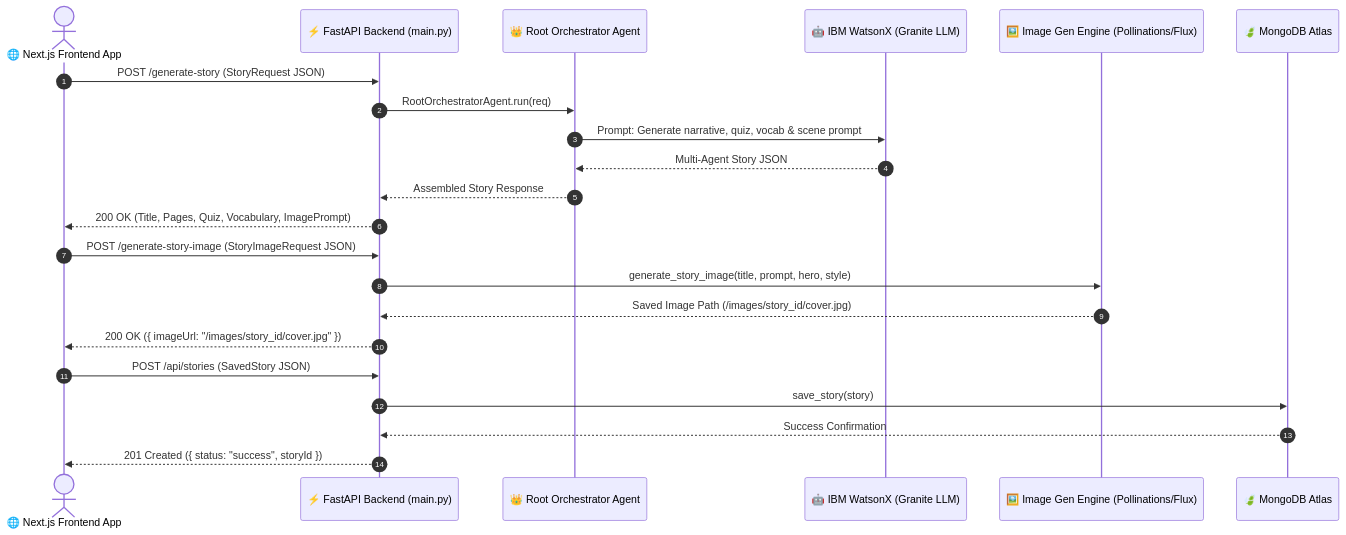
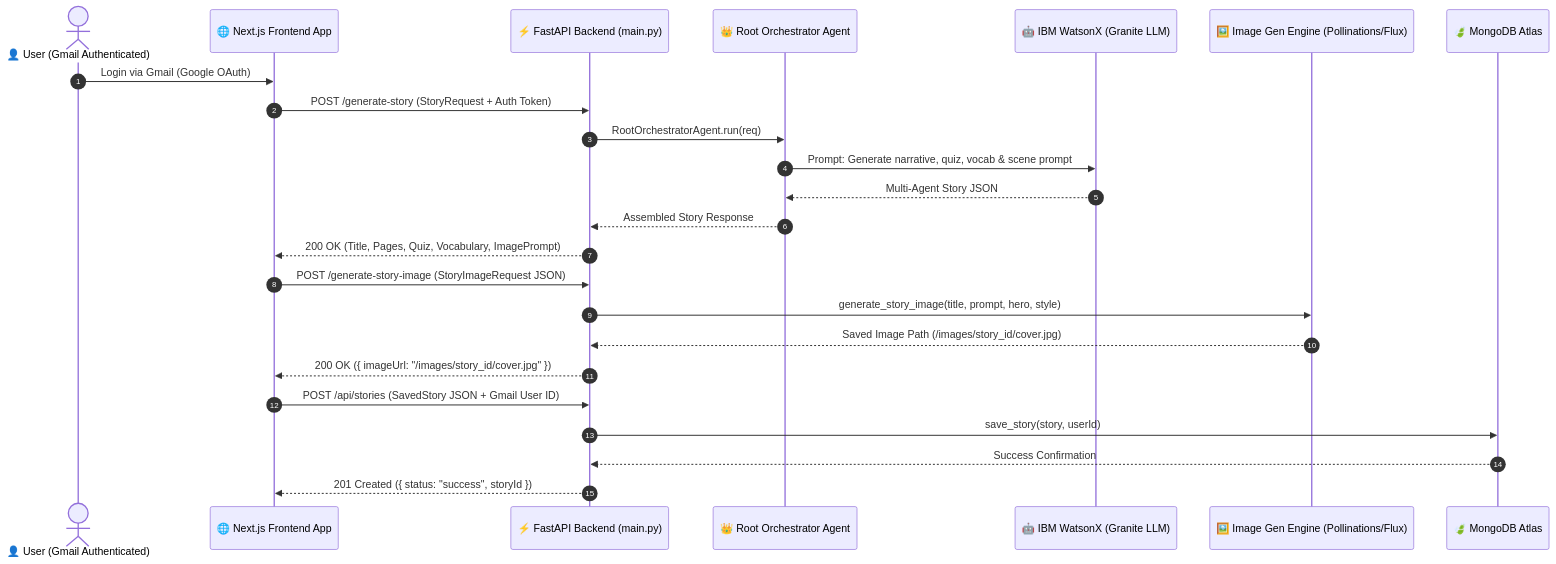
One commit to Rohith84/StorySprout changed the third of 3 diagrams in README.md. Above: the diagram before and after it, drawn with Mermaid. The commit also changed other lines of this file, not shown here.

Commit message:
docs: update README with Gmail auth, multi-user personas, and revised feature matrix

````diff
--- a/README.md
+++ b/README.md
@@ -148,27 +163,29 @@
 ```mermaid
 sequenceDiagram
     autonumber
-    actor Client as 🌐 Next.js Frontend App
+    actor User as 👤 User (Gmail Authenticated)
+    participant Client as 🌐 Next.js Frontend App
     participant Gateway as ⚡ FastAPI Backend (main.py)
     participant Orchestrator as 👑 Root Orchestrator Agent
     participant IBM as 🤖 IBM WatsonX (Granite LLM)
     participant ImageGen as 🖼️ Image Gen Engine (Pollinations/Flux)
     participant DB as 🍃 MongoDB Atlas
 
-    Client->>Gateway: POST /generate-story (StoryRequest JSON)
+    User->>Client: Login via Gmail (Google OAuth)
+    Client->>Gateway: POST /generate-story (StoryRequest + Auth Token)
     Gateway->>Orchestrator: RootOrchestratorAgent.run(req)
     Orchestrator->>IBM: Prompt: Generate narrative, quiz, vocab & scene prompt
     IBM-->>Orchestrator: Multi-Agent Story JSON
     Orchestrator-->>Gateway: Assembled Story Response
     Gateway-->>Client: 200 OK (Title, Pages, Quiz, Vocabulary, ImagePrompt)
 
     Client->>Gateway: POST /generate-story-image (StoryImageRequest JSON)
     Gateway->>ImageGen: generate_story_image(title, prompt, hero, style)
     ImageGen-->>Gateway: Saved Image Path (/images/story_id/cover.jpg)
     Gateway-->>Client: 200 OK ({ imageUrl: "/images/story_id/cover.jpg" })
 
-    Client->>Gateway: POST /api/stories (SavedStory JSON)
-    Gateway->>DB: save_story(story)
+    Client->>Gateway: POST /api/stories (SavedStory JSON + Gmail User ID)
+    Gateway->>DB: save_story(story, userId)
     DB-->>Gateway: Success Confirmation
     Gateway-->>Client: 201 Created ({ status: "success", storyId })
 ```
````
